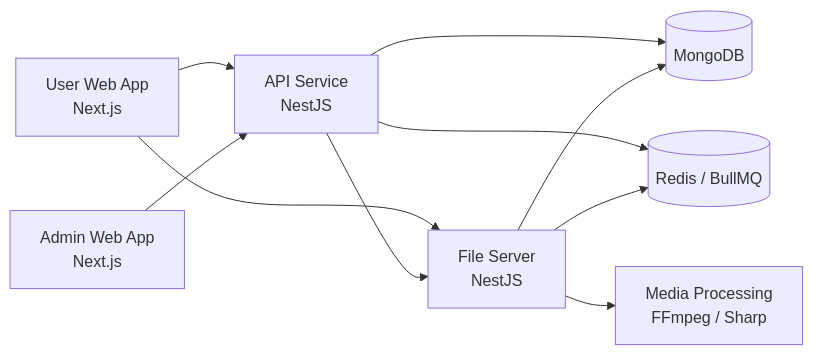
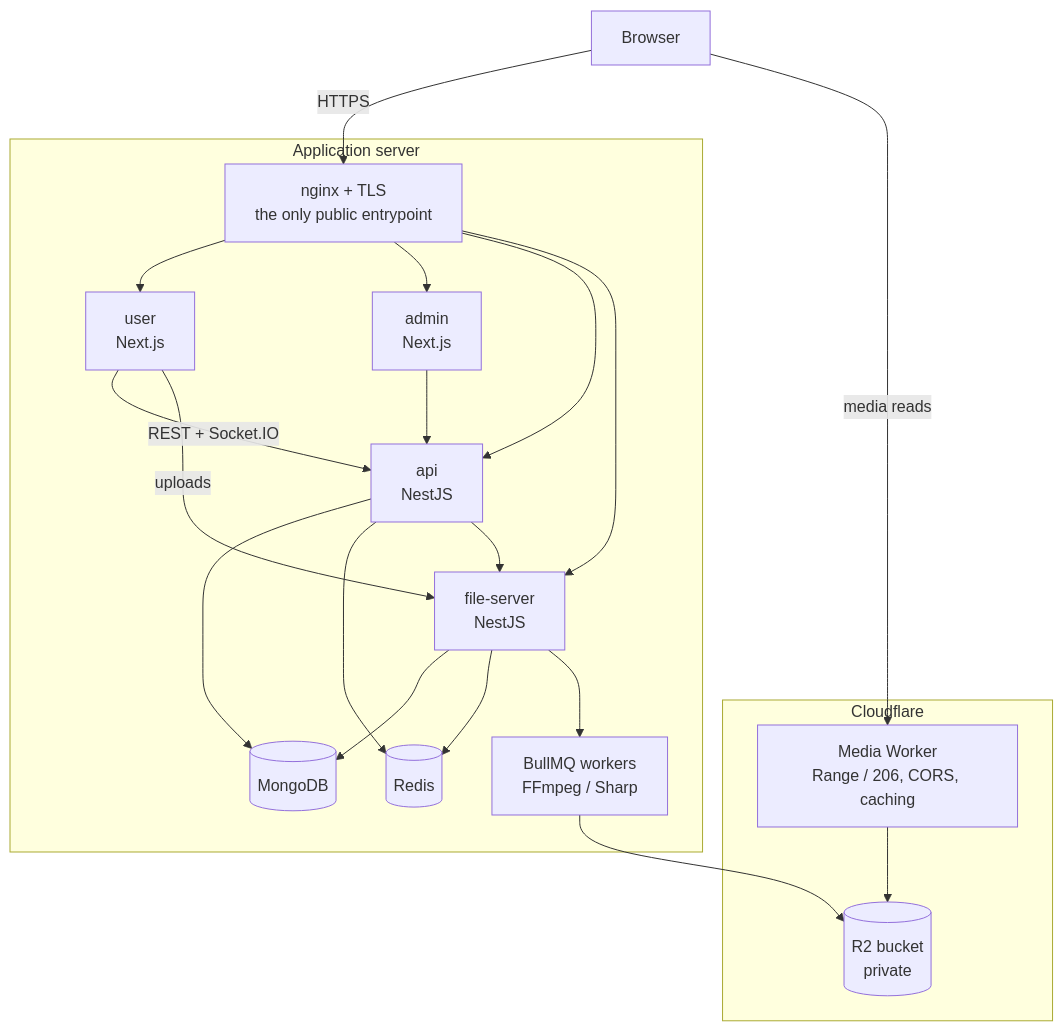
The diagram in README.md (shenzhoul/short-video-platform), drawn with Mermaid before and after one commit. The commit also changed other lines of this file and 11 other files, not shown here.

````diff
--- a/README.md
+++ b/README.md
@@ -22,25 +80,41 @@
 ```mermaid
-flowchart LR
-    USER[User Web App<br/>Next.js]
-    ADMIN[Admin Web App<br/>Next.js]
+flowchart TB
+    Browser["Browser"]
 
-    API[API Service<br/>NestJS]
-    FILE[File Server<br/>NestJS]
+    subgraph Edge["Cloudflare"]
+        Worker["Media Worker<br/>Range / 206, CORS, caching"]
+        R2[("R2 bucket<br/>private")]
+    end
 
-    DB[(MongoDB)]
-    REDIS[(Redis / BullMQ)]
-    MEDIA[Media Processing<br/>FFmpeg / Sharp]
+    subgraph VM["Application server"]
+        Nginx["nginx + TLS<br/>the only public entrypoint"]
+        User["user<br/>Next.js"]
+        Admin["admin<br/>Next.js"]
+        API["api<br/>NestJS"]
+        Files["file-server<br/>NestJS"]
+        Mongo[("MongoDB")]
+        Redis[("Redis")]
+        Jobs["BullMQ workers<br/>FFmpeg / Sharp"]
+    end
 
-    USER --> API
-    ADMIN --> API
+    Browser -->|HTTPS| Nginx
+    Browser -->|"media reads"| Worker
+    Worker --> R2
 
-    USER --> FILE
-    API --> FILE
+    Nginx --> User
+    Nginx --> Admin
+    Nginx --> API
+    Nginx --> Files
 
-    API --> DB
-    API --> REDIS
+    User -->|"REST + Socket.IO"| API
+    Admin --> API
+    User -->|"uploads"| Files
 
-    FILE --> DB
-    FILE --> REDIS
-    FILE --> MEDIA
+    API --> Mongo
+    API --> Redis
+    API --> Files
+    Files --> Mongo
+    Files --> Redis
+    Files --> Jobs
+    Jobs --> R2
 ```
````
